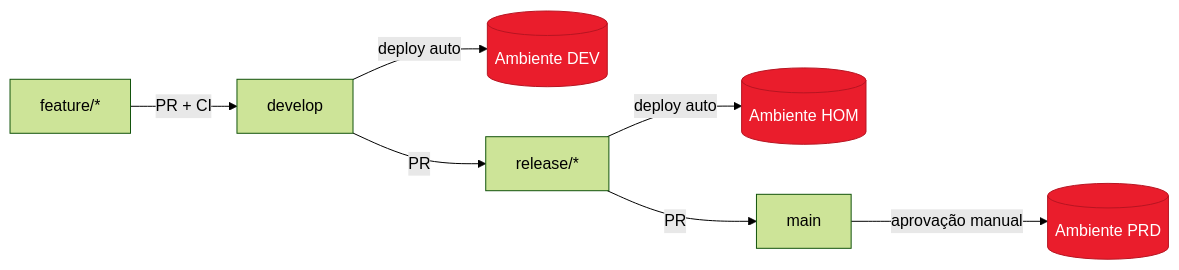
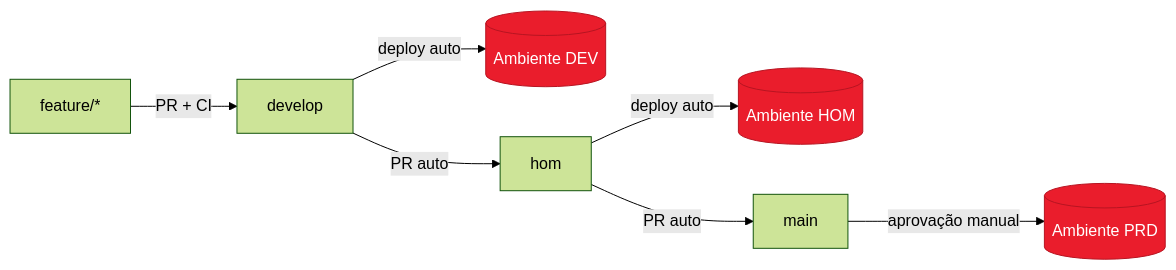
Before and after one commit to MaoZao/ifood-case-nyc-taxi: the diagram in docs/cicd.md, drawn with Mermaid (forest theme). The commit also changed other lines of this file and 29 other files, not shown here.

````diff
--- a/docs/cicd.md
+++ b/docs/cicd.md
@@ -39,11 +39,11 @@
 ```mermaid
 flowchart LR
     F[feature/*] -->|PR + CI| D[develop]
     D -->|deploy auto| DEV[(Ambiente DEV)]
-    D -->|PR| R[release/*]
+    D -->|PR auto| R[hom]
     R -->|deploy auto| HOM[(Ambiente HOM)]
-    R -->|PR| M[main]
+    R -->|PR auto| M[main]
     M -->|aprovação manual| PRD[(Ambiente PRD)]
     classDef e fill:#EA1D2C,color:#fff,stroke:#B71522;
     class DEV,HOM,PRD e;
 ```
````
